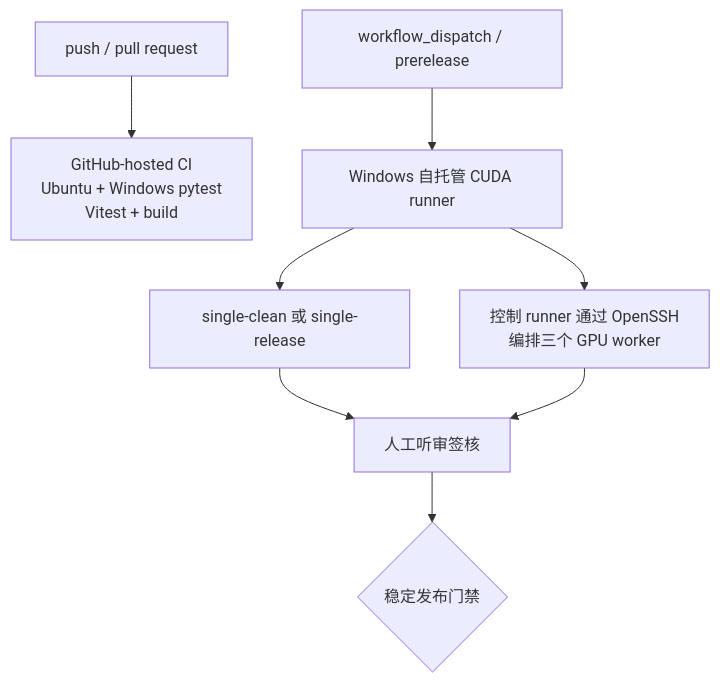
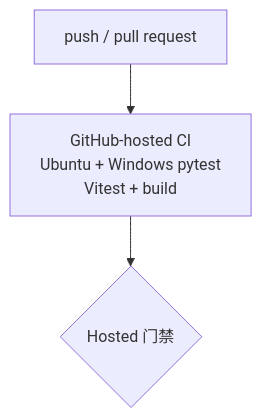
Before and after one commit to XucroYuri/TTS_more: the diagram in docs/ci-architecture.md, drawn with Mermaid. The commit also changed other lines of this file and 35 other files, not shown here.

````diff
--- a/docs/ci-architecture.md
+++ b/docs/ci-architecture.md
@@ -7,9 +7,5 @@
 ```mermaid
 flowchart TD
     Change["push / pull request"] --> Hosted["GitHub-hosted CI\nUbuntu + Windows pytest\nVitest + build"]
-    Candidate["workflow_dispatch / prerelease"] --> GPU["Windows 自托管 CUDA runner"]
-    GPU --> Single["single-clean 或 single-release"]
-    GPU --> Distributed["控制 runner 通过 OpenSSH\n编排三个 GPU worker"]
-    Single & Distributed --> Human["人工听审签核"]
-    Human --> Stable{"稳定发布门禁"}
+    Hosted --> Green{"Hosted 门禁"}
 ```
````
